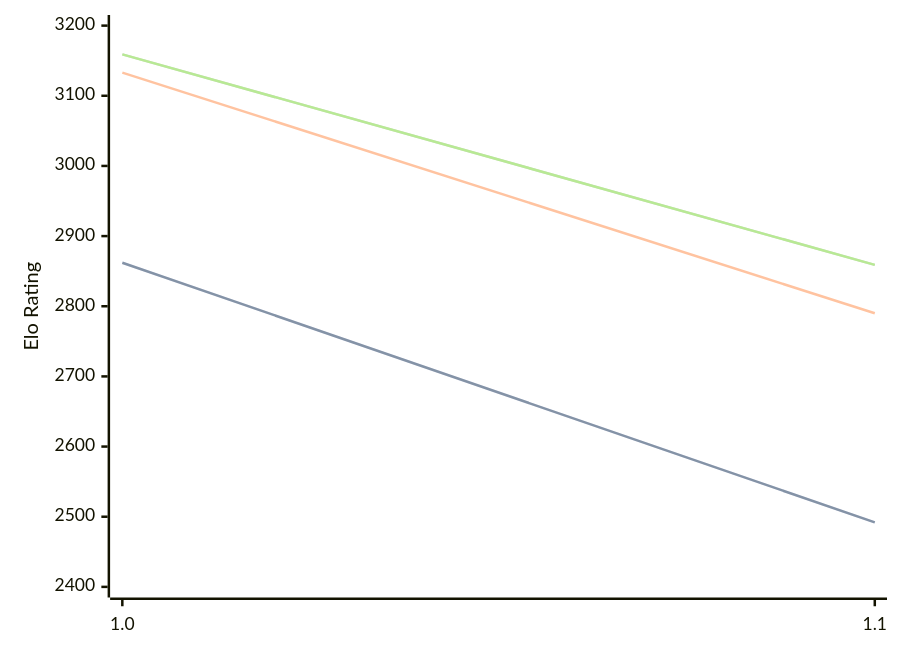
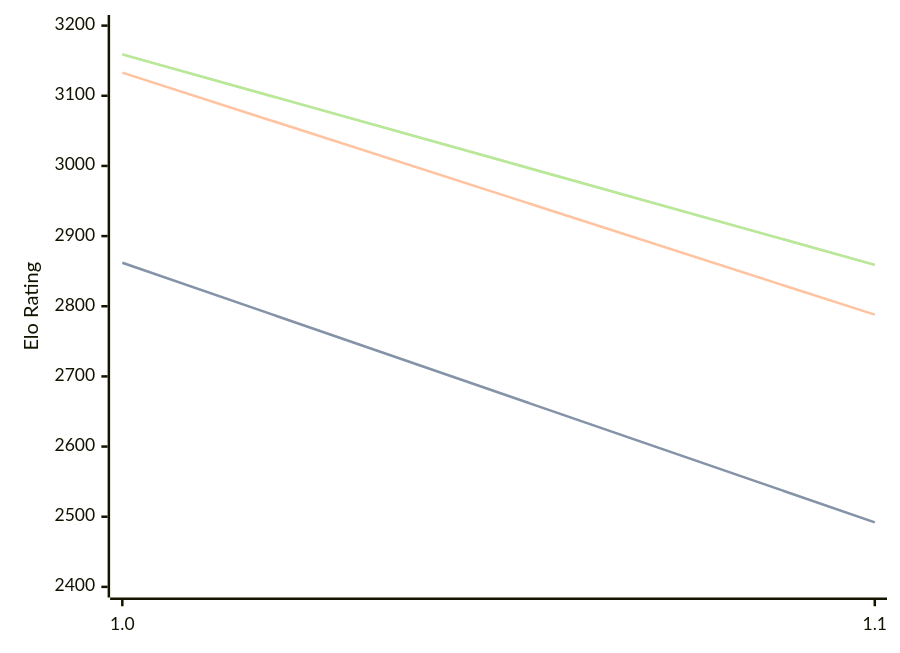
Before and after one commit to computer-chess-index/cci: the diagram in engines/Publius.md, drawn with Mermaid. The commit also changed other lines of this file, not shown here.

````diff
--- a/engines/Publius.md
+++ b/engines/Publius.md
@@ -32,11 +32,11 @@
 ```mermaid
 %%{init: {"theme":"base","themeVariables":{"seriesColors:['#a3a3a3','#222221','#faa371']}}}%%
 xychart-beta
   x-axis ["1.0", "1.1"]
   y-axis "Elo Rating" 2400 --> 3200
   line "STC (8.0+0.08s)" [2862, 2492]
   line "STC (8.0+0.08s)" [2862, 2492]
-  line "LTC (60.0+0.60s)" [3133, 2790]
+  line "LTC (60.0+0.60s)" [3133, 2788]
   line "VLTC (2m24s+1.12s)" [3159, 2859]
   line "VLTC (2m24s+1.12s)" [3159, 2859]
 ```
````
